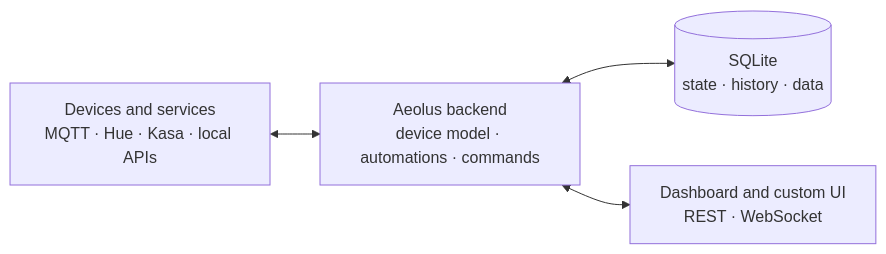
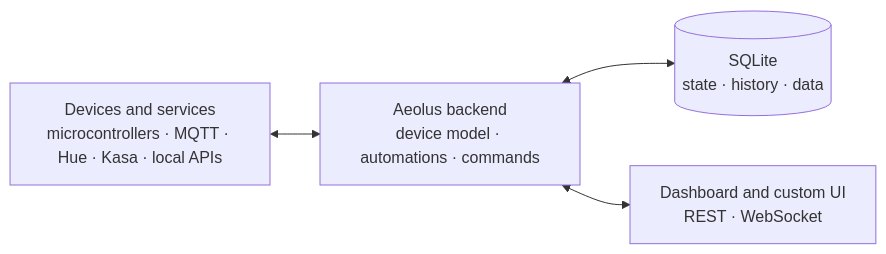
The diagram in README.md (j-a-m-i-e-c/aeolus), drawn with Mermaid before and after one commit. The commit also changed other lines of this file, not shown here.

````diff
--- a/README.md
+++ b/README.md
@@ -496,6 +358,6 @@
 ```mermaid
 flowchart LR
-    Devices[Devices and services<br/>MQTT · Hue · Kasa · local APIs] <--> Core[Aeolus backend<br/>device model · automations · commands]
+    Devices[Devices and services<br/>microcontrollers · MQTT · Hue · Kasa · local APIs] <--> Core[Aeolus backend<br/>device model · automations · commands]
     Core <--> Storage[(SQLite<br/>state · history · data)]
     Core <--> Interface[Dashboard and custom UI<br/>REST · WebSocket]
 ```
````
